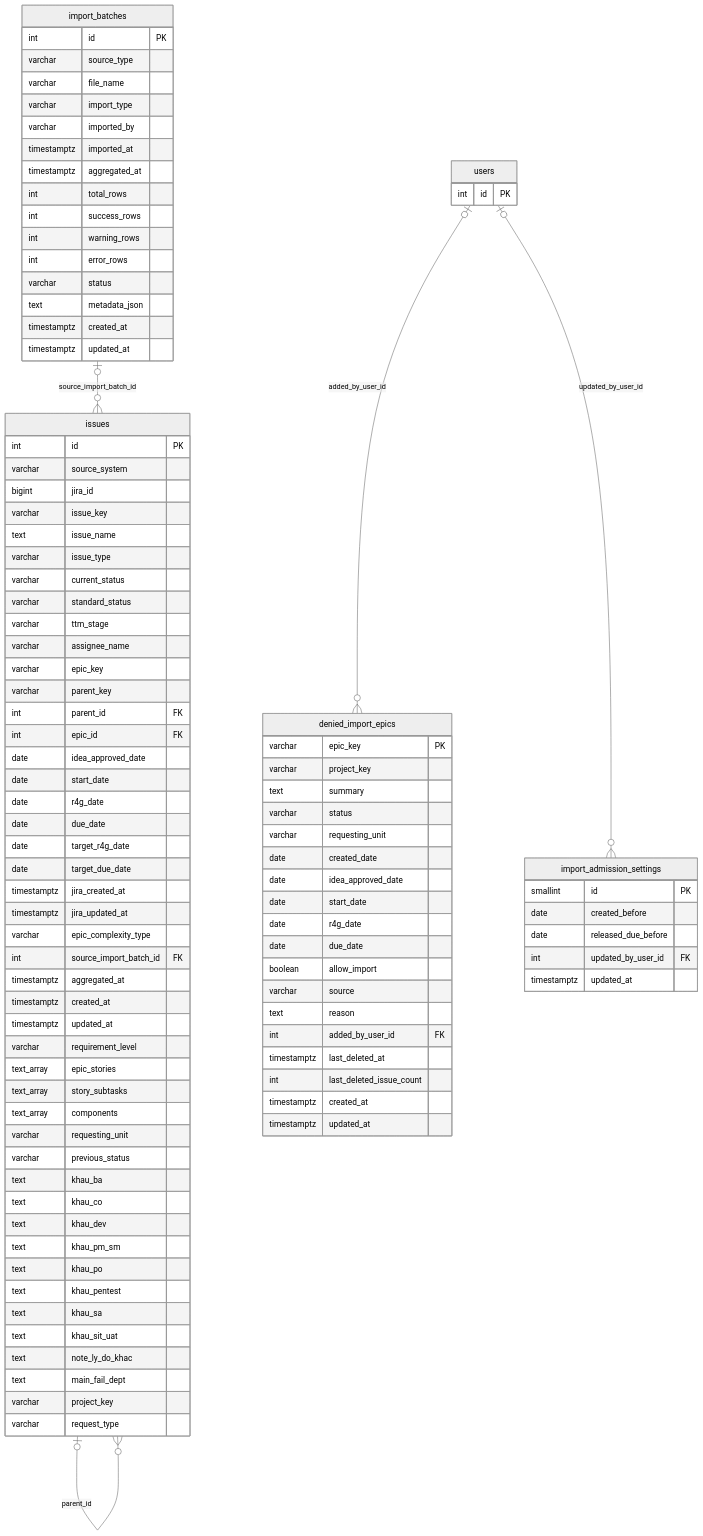
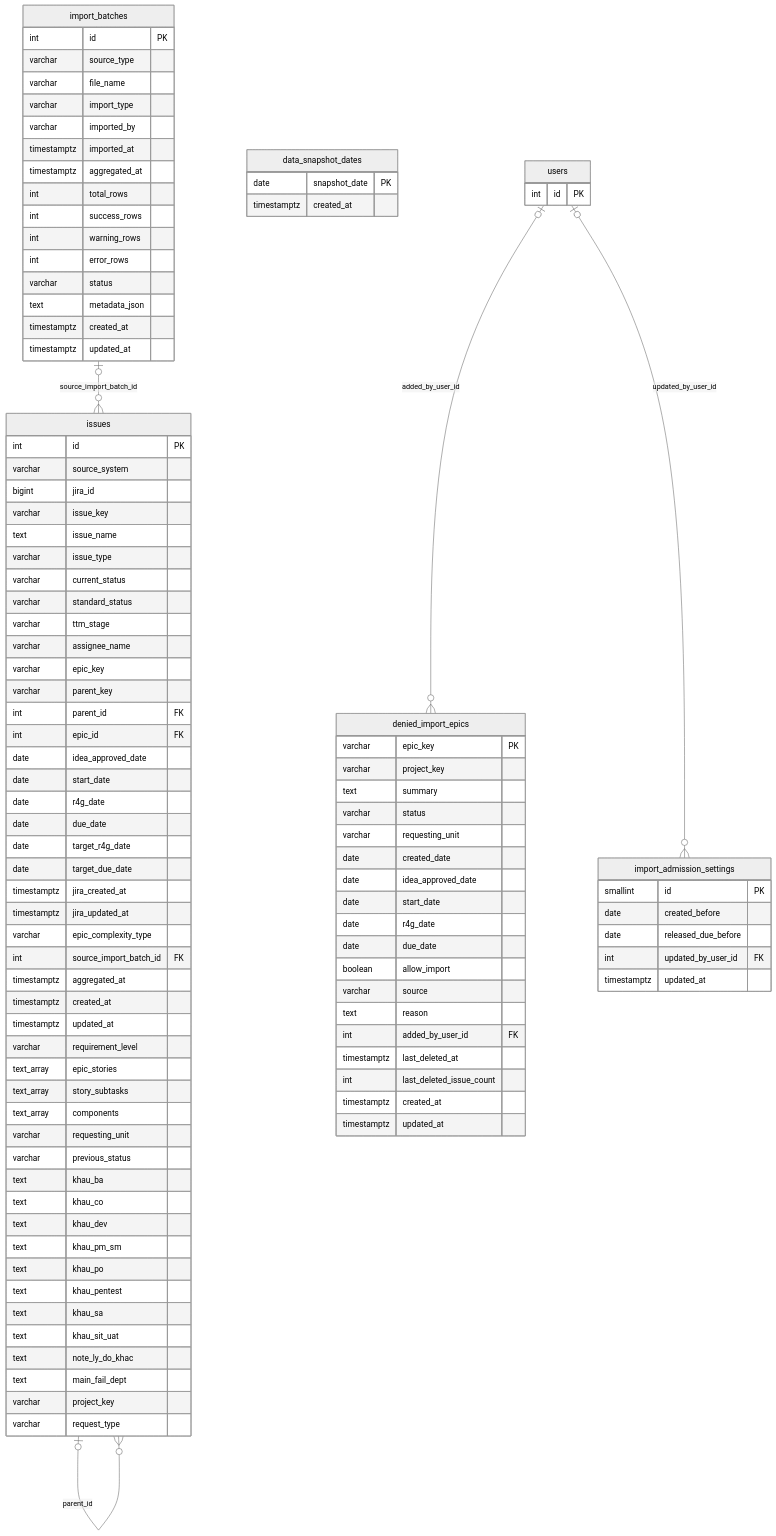
Before and after one commit to dminhbb/ttm-tool: the fourth of 12 diagrams in docs/database-erd.md, drawn with Mermaid (neutral theme). The commit also changed other lines of this file and 37 other files, not shown here.

```diff
--- a/docs/database-erd.md
+++ b/docs/database-erd.md
@@ -495,6 +495,10 @@
         text metadata_json
         timestamptz created_at
         timestamptz updated_at
+    }
+    data_snapshot_dates {
+        date snapshot_date PK
+        timestamptz created_at
     }
     issues {
         int id PK
```
